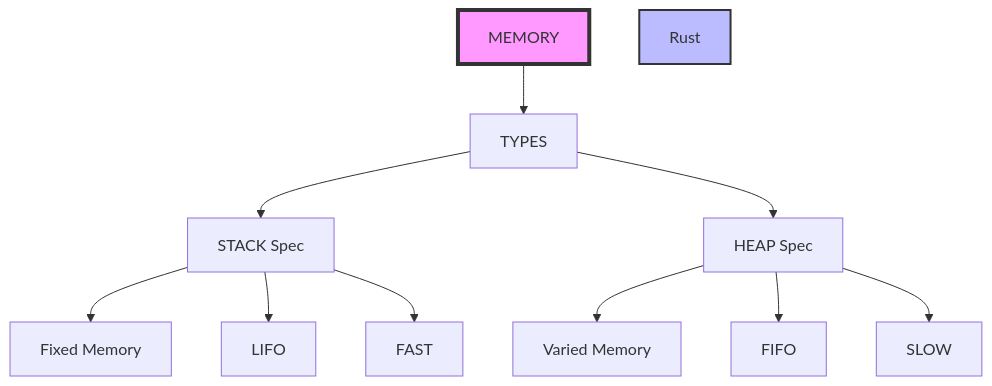
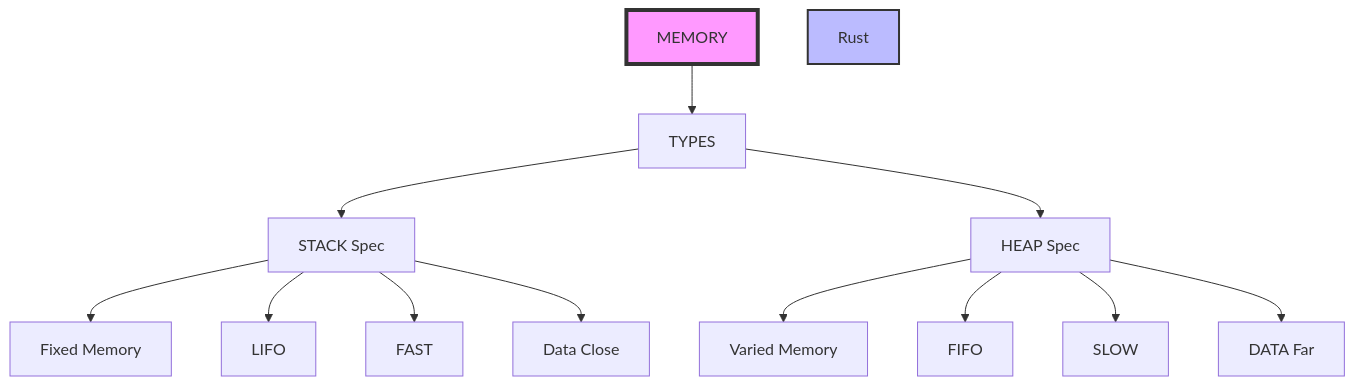
One commit to molix2000/rst-2026 changed the diagram in README.md. Above: the diagram before and after it, drawn with Mermaid.

Commit message:
Added more memory features to the diagram

````diff
--- a/README.md
+++ b/README.md
@@ -15,23 +15,28 @@
 ```mermaid
 
 flowchart TD;
 
 
     ReadMe[MEMORY] --> MEMRef
     MEMRef[TYPES]
     
     
     MEMRef --> STACK[STACK Spec]
     MEMRef --> HEAP[HEAP Spec]
 
     STACK --> FM[Fixed Memory]
     HEAP --> VM[Varied Memory]
     STACK --> ORDL[LIFO]
     HEAP --> ORDF[FIFO]
+    
     STACK --> SS[FAST]
     HEAP --> HS[SLOW]
 
+    STACK --> DC[Data Close]
+    HEAP --> DF[DATA Far]
+    
+    
     style ReadMe fill:#f9f,stroke:#333,stroke-width:4px
     style Rust fill:#bbf,stroke:#333,stroke-width:2px
 
 ```
````
